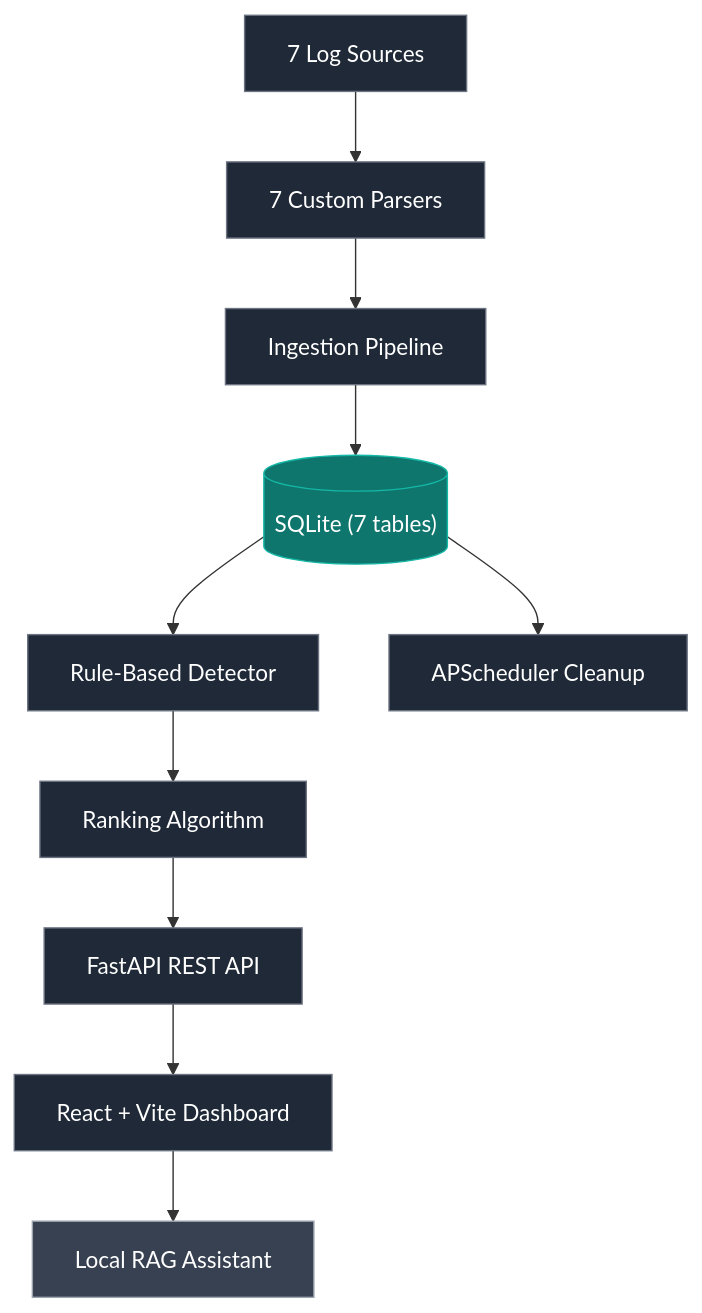
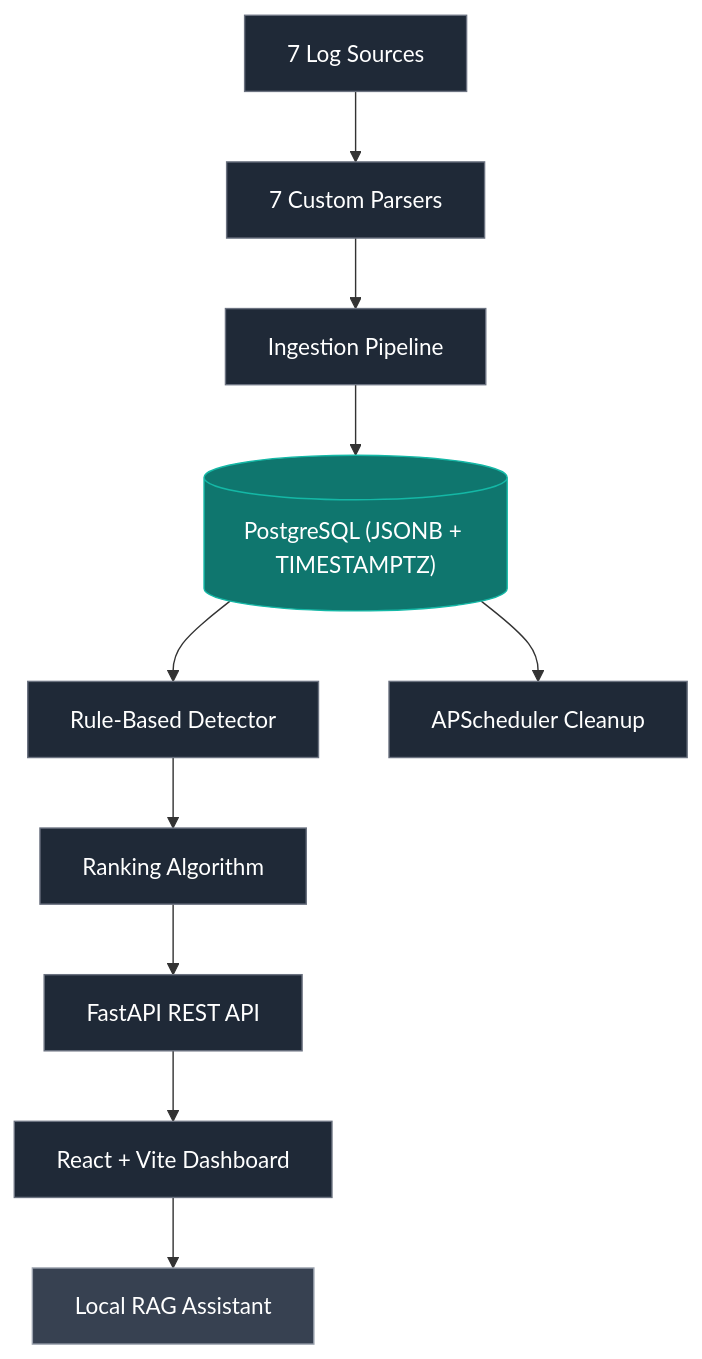
The first of 2 diagrams in README.md (AhmedIkram05/laad), drawn with Mermaid before and after one commit. The commit also changed other lines of this file and 4 other files, not shown here.

First line of the commit message:
Add PostgreSQL support and update configuration files for migration from SQLite

````diff
--- a/README.md
+++ b/README.md
@@ -50,25 +50,25 @@
 ```mermaid
 flowchart TD
   S["7 Log Sources"]
   P["7 Custom Parsers"]
   I["Ingestion Pipeline"]
-  DB[("SQLite (7 tables)")]
+    DB[("PostgreSQL (JSONB + TIMESTAMPTZ)")]
   RB["Rule-Based Detector"]
   RK["Ranking Algorithm"]
   CL["APScheduler Cleanup"]
   API["FastAPI REST API"]
   UI["React + Vite Dashboard"]
   RAG["Local RAG Assistant"]
 
   S --> P --> I --> DB
   DB --> RB --> RK --> API --> UI --> RAG
   DB --> CL
 
   classDef core fill:#1f2937,stroke:#6b7280,color:#ffffff;
   classDef db fill:#0f766e,stroke:#14b8a6,color:#ffffff;
   classDef ext fill:#374151,stroke:#9ca3af,color:#ffffff;
 
   class S,P,I,RB,RK,CL,API,UI core;
   class DB db;
   class RAG ext;
 ```
````
